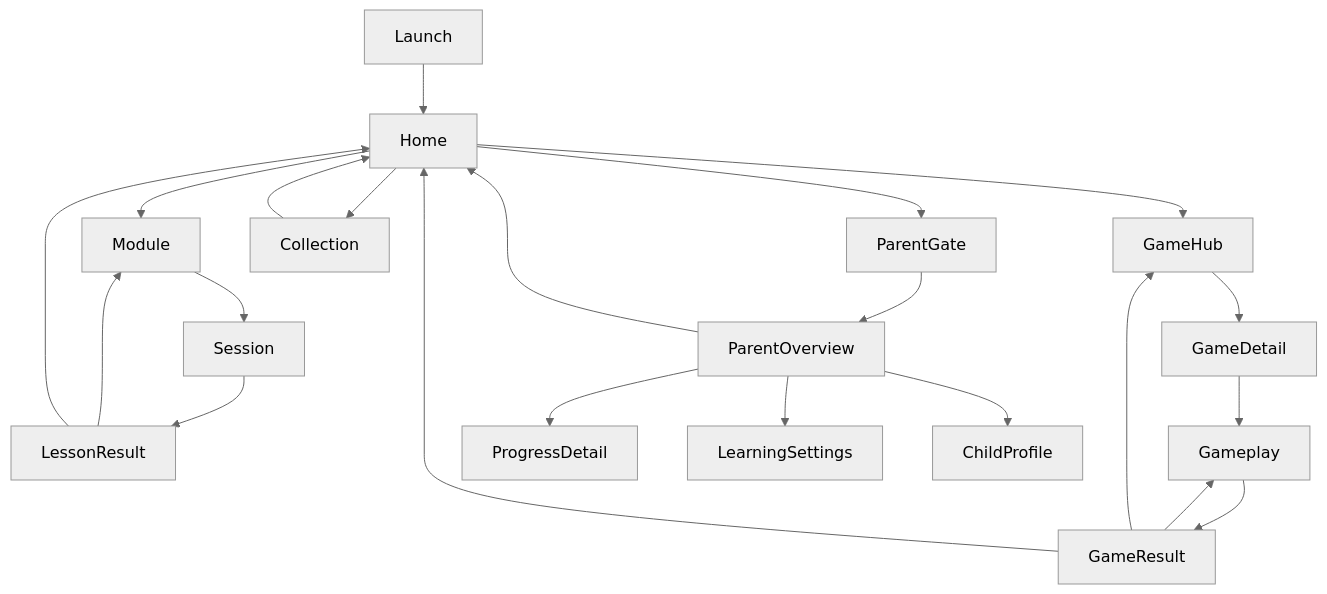
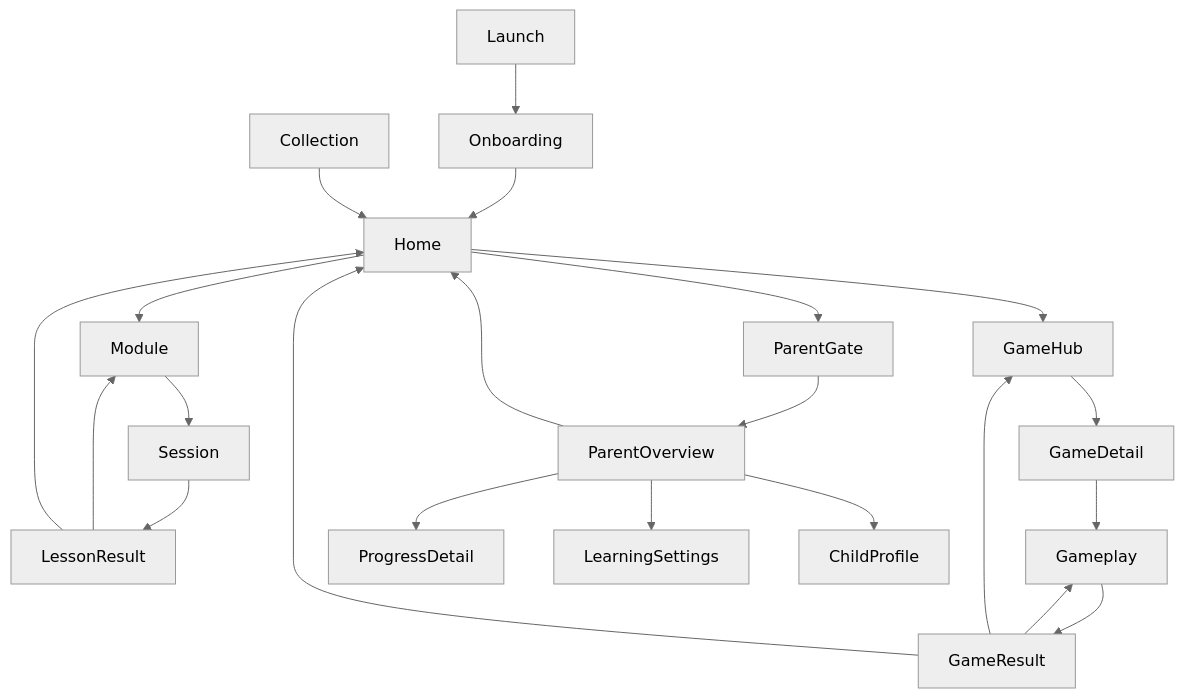
One commit to majinbaka/FlashKids changed the fifth of 5 diagrams in docs/widgetbook_executable_spec.md. Above: the diagram before and after it, drawn with Mermaid (neutral theme). The commit also changed other lines of this file and 12 other files, not shown here.

````diff
--- a/docs/widgetbook_executable_spec.md
+++ b/docs/widgetbook_executable_spec.md
@@ -206,24 +211,24 @@
 ```mermaid
 flowchart TD
-  Launch --> Home
+  Launch --> Onboarding
+  Onboarding --> Home
   Home --> Module
   Module --> Session
   Session --> LessonResult
   LessonResult --> Module
   LessonResult --> Home
   Home --> GameHub
   GameHub --> GameDetail
   GameDetail --> Gameplay
   Gameplay --> GameResult
   GameResult --> Gameplay
   GameResult --> GameHub
   GameResult --> Home
-  Home --> Collection
   Collection --> Home
   Home --> ParentGate
   ParentGate --> ParentOverview
   ParentOverview --> ProgressDetail
   ParentOverview --> LearningSettings
   ParentOverview --> ChildProfile
   ParentOverview --> Home
 ```
````
